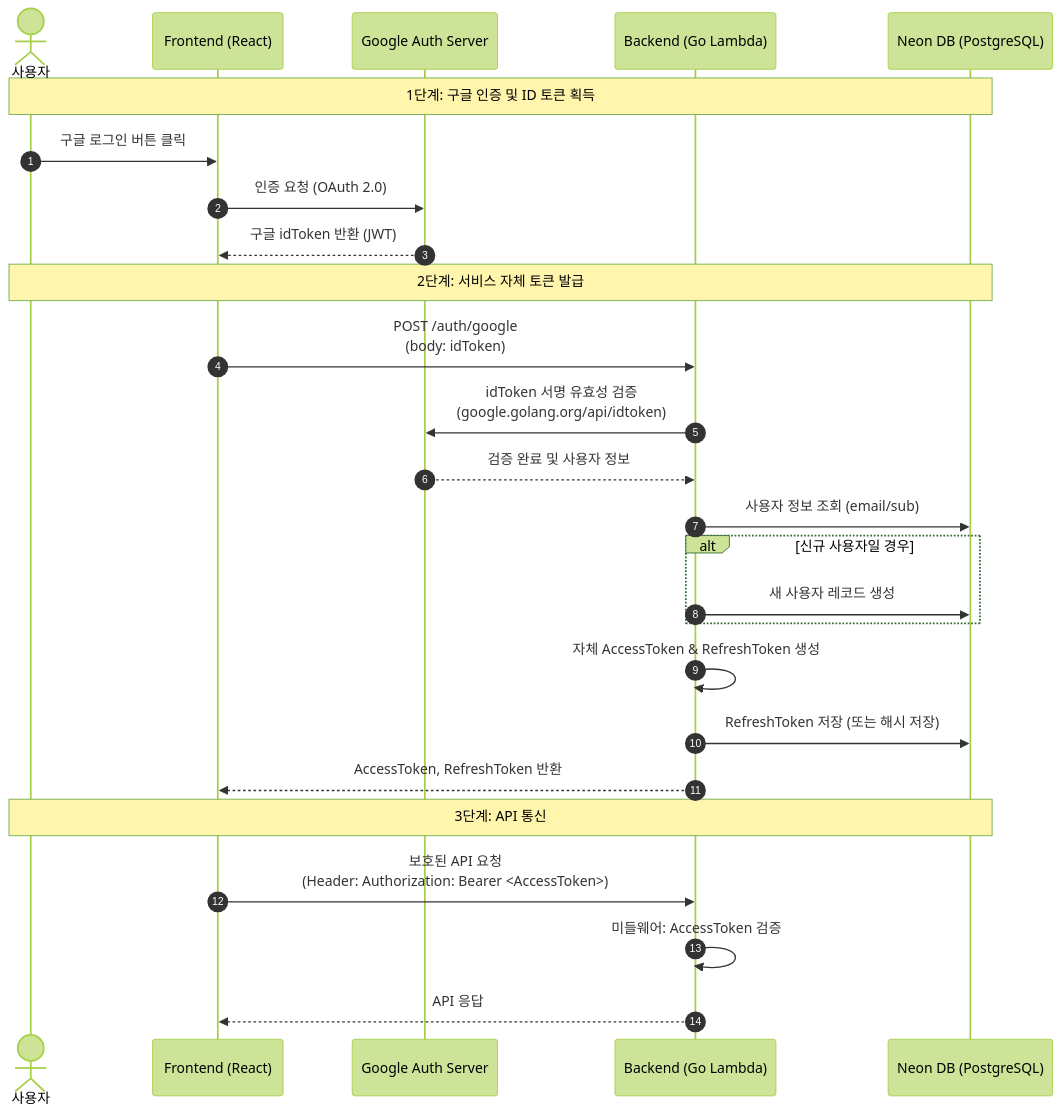
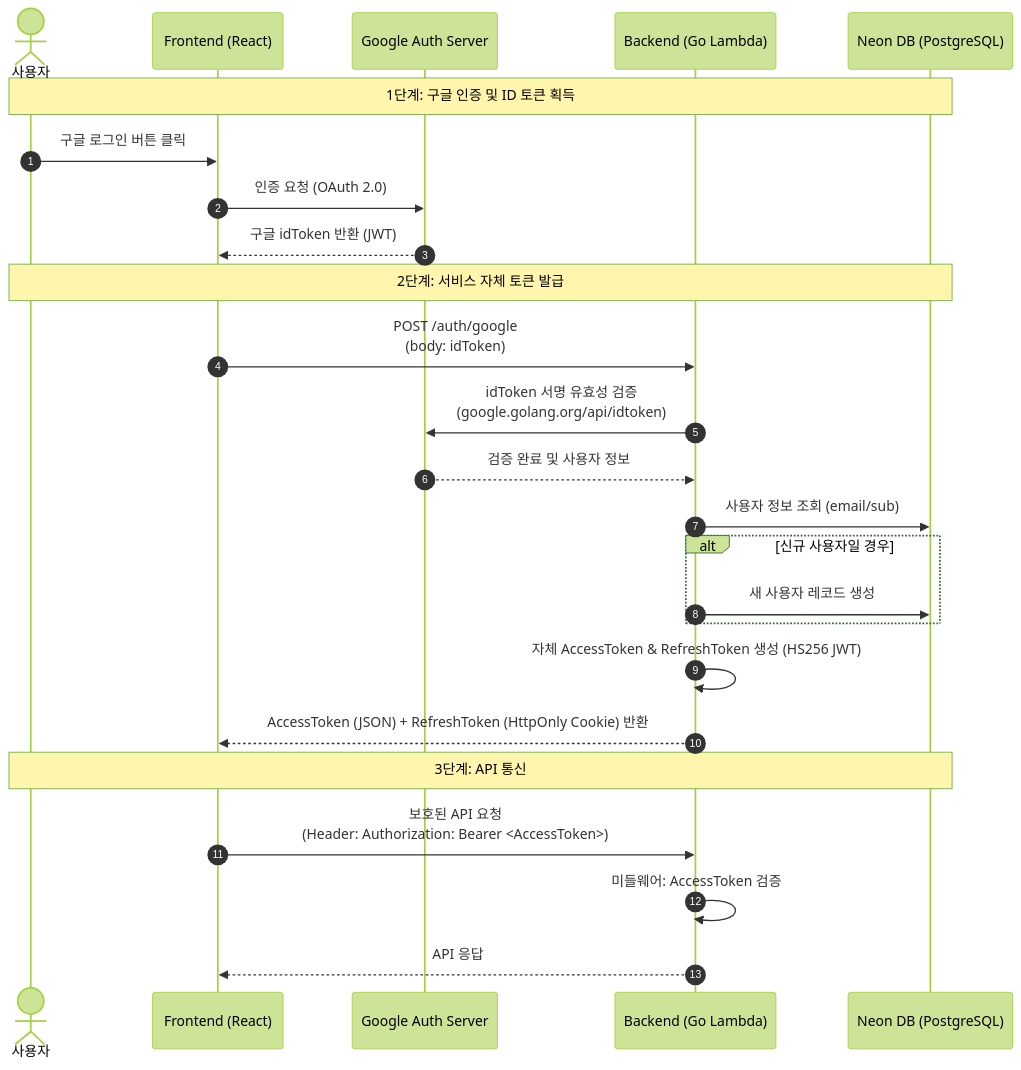
Before and after one commit to koanghun/eventer-map: the first of 2 diagrams in wiki/AUTH_FLOW.md, drawn with Mermaid (forest theme). The commit also changed other lines of this file and 53 other files, not shown here.

````diff
--- a/wiki/AUTH_FLOW.md
+++ b/wiki/AUTH_FLOW.md
@@ -15,31 +15,30 @@
 ```mermaid
 sequenceDiagram
     autonumber
     actor User as 사용자
     participant React as Frontend (React)
     participant Google as Google Auth Server
     participant Lambda as Backend (Go Lambda)
     participant DB as Neon DB (PostgreSQL)
 
     Note over User, DB: 1단계: 구글 인증 및 ID 토큰 획득
     User->>React: 구글 로그인 버튼 클릭
     React->>Google: 인증 요청 (OAuth 2.0)
     Google-->>React: 구글 idToken 반환 (JWT)
 
     Note over User, DB: 2단계: 서비스 자체 토큰 발급
     React->>Lambda: POST /auth/google<br>(body: idToken)
     Lambda->>Google: idToken 서명 유효성 검증<br>(google.golang.org/api/idtoken)
     Google-->>Lambda: 검증 완료 및 사용자 정보
     Lambda->>DB: 사용자 정보 조회 (email/sub)
     alt 신규 사용자일 경우
         Lambda->>DB: 새 사용자 레코드 생성
     end
-    Lambda->>Lambda: 자체 AccessToken & RefreshToken 생성
-    Lambda->>DB: RefreshToken 저장 (또는 해시 저장)
-    Lambda-->>React: AccessToken, RefreshToken 반환
+    Lambda->>Lambda: 자체 AccessToken & RefreshToken 생성 (HS256 JWT)
+    Lambda-->>React: AccessToken (JSON) + RefreshToken (HttpOnly Cookie) 반환
 
     Note over User, DB: 3단계: API 통신
     React->>Lambda: 보호된 API 요청<br>(Header: Authorization: Bearer <AccessToken>)
     Lambda->>Lambda: 미들웨어: AccessToken 검증
     Lambda-->>React: API 응답
 ```
````
